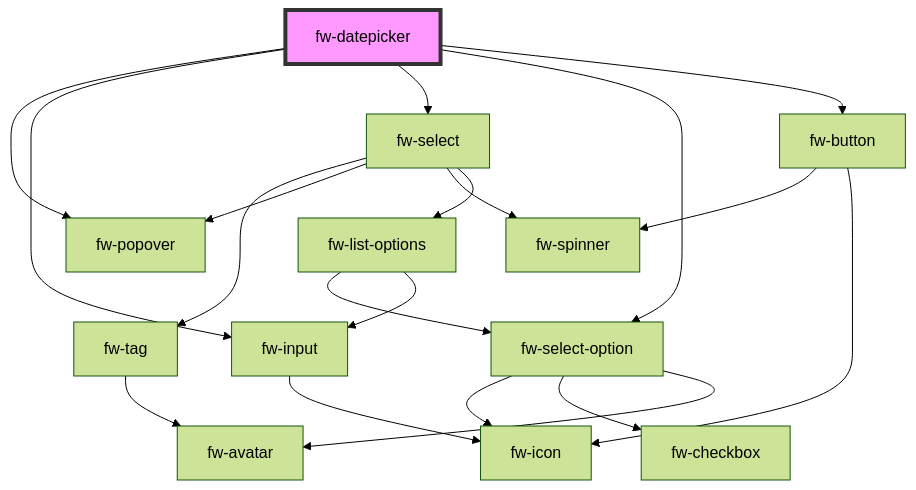
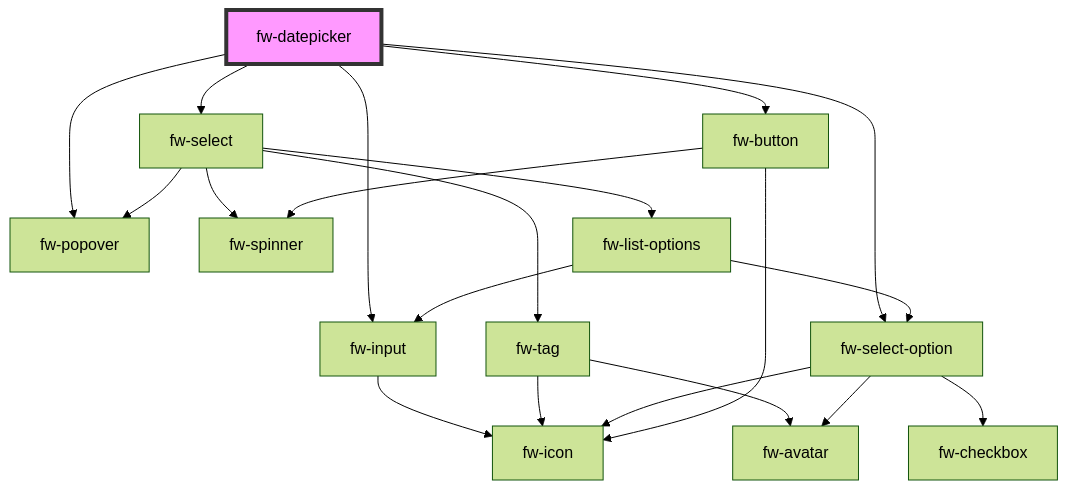
One commit to freshworks/crayons changed the diagram in packages/crayons-core/src/components/datepicker/readme.md. Above: the diagram before and after it, drawn with Mermaid (forest theme). The commit also changed 8 other files, not shown here.

````diff
--- a/packages/crayons-core/src/components/datepicker/readme.md
+++ b/packages/crayons-core/src/components/datepicker/readme.md
@@ -81,22 +81,23 @@
 ```mermaid
 graph TD;
   fw-datepicker --> fw-popover
   fw-datepicker --> fw-input
   fw-datepicker --> fw-select
   fw-datepicker --> fw-select-option
   fw-datepicker --> fw-button
   fw-input --> fw-icon
   fw-select --> fw-tag
   fw-select --> fw-popover
   fw-select --> fw-spinner
   fw-select --> fw-list-options
   fw-tag --> fw-avatar
+  fw-tag --> fw-icon
   fw-list-options --> fw-select-option
   fw-list-options --> fw-input
   fw-select-option --> fw-icon
   fw-select-option --> fw-checkbox
   fw-select-option --> fw-avatar
   fw-button --> fw-spinner
   fw-button --> fw-icon
   style fw-datepicker fill:#f9f,stroke:#333,stroke-width:4px
 ```
````
